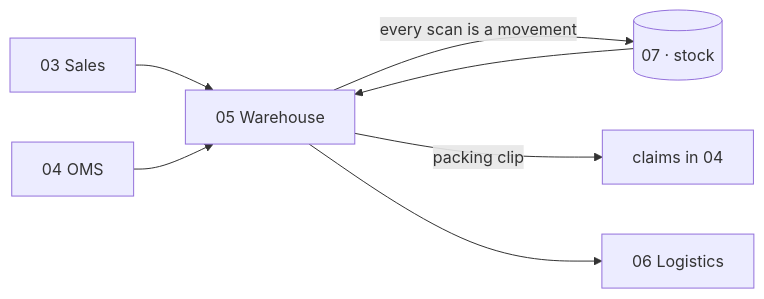
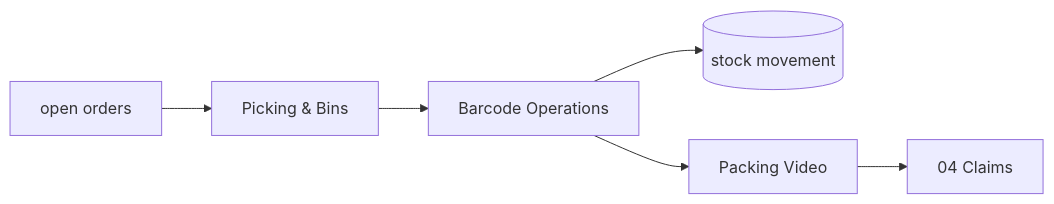
One commit to vastrangam/AI_Content_Engine changed the fifth of 16 diagrams in VASTRANGAM_MODULES_COMPLETE.md. Above: the diagram before and after it, drawn with Mermaid. The commit also changed other lines of this file and 1 other file, not shown here.

````diff
--- a/VASTRANGAM_MODULES_COMPLETE.md
+++ b/VASTRANGAM_MODULES_COMPLETE.md
@@ -458,9 +412,8 @@
 ```mermaid
 flowchart LR
-  S[03 Sales] --> W[05 Warehouse]
-  O[04 OMS] --> W
-  INV[(07 · stock)] --> W
-  W -->|every scan is a movement| INV
-  W -->|packing clip| CL[claims in 04]
-  W --> L[06 Logistics]
+  ORD[open orders] --> PICK[Picking & Bins]
+  PICK --> SCAN[Barcode Operations]
+  SCAN --> INV[(stock movement)]
+  SCAN --> VID[Packing Video]
+  VID --> CLM[04 Claims]
 ```
````
